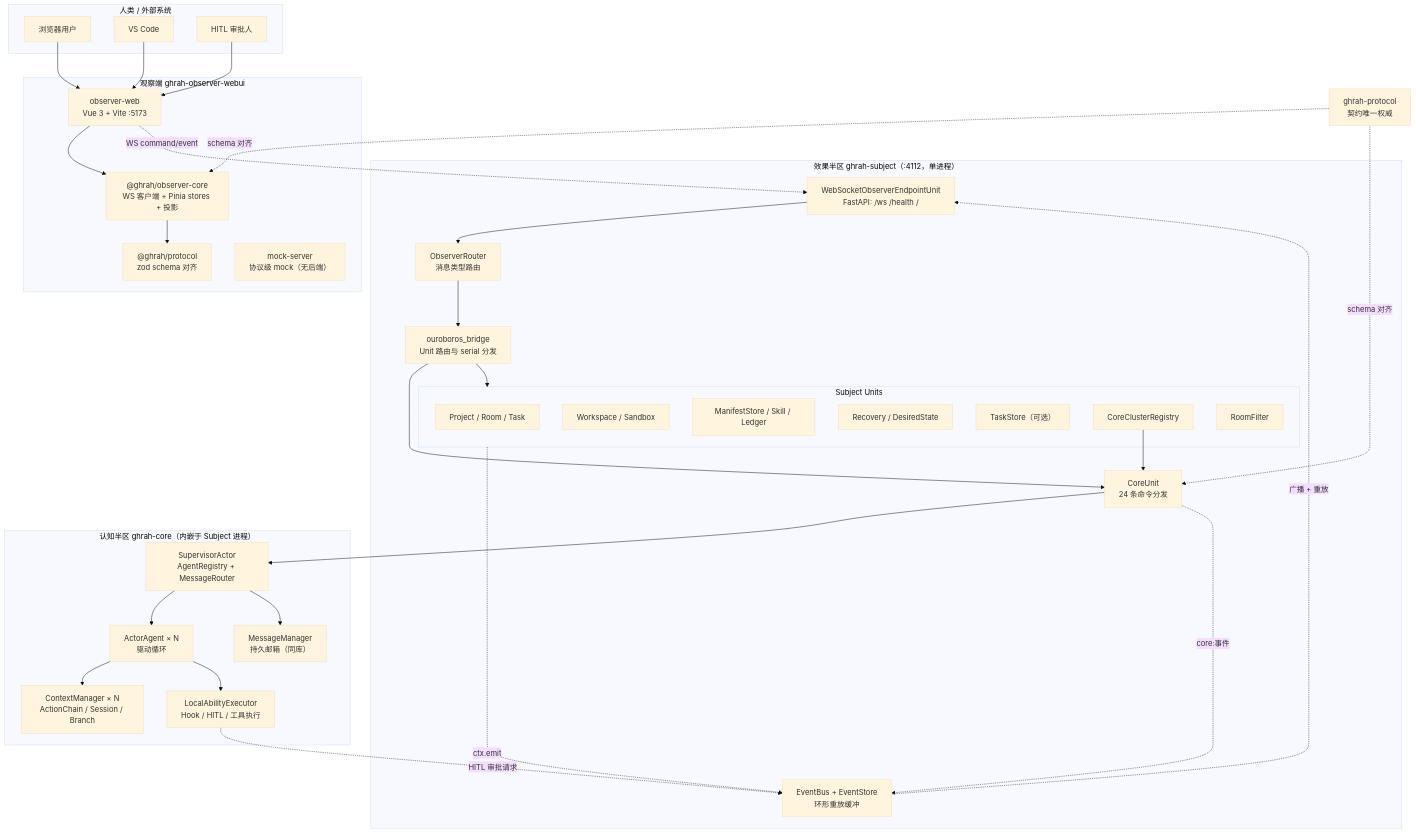
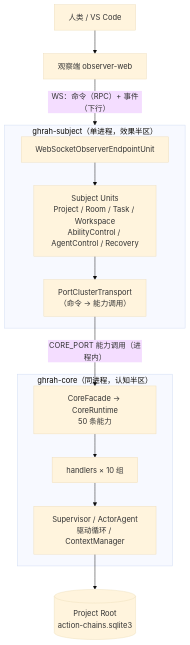
One commit to ghrah-org/ghrah-monorepo changed the first of 9 diagrams in docs/ARCHITECTURE.md. Above: the diagram before and after it, drawn with Mermaid (base theme). The commit also changed other lines of this file and 24 other files, not shown here.

````diff
--- a/docs/ARCHITECTURE.md
+++ b/docs/ARCHITECTURE.md
@@ -90,67 +61,25 @@
 ```mermaid
 graph TB
-    subgraph 人类["人类 / 外部系统"]
-        User["浏览器用户"]
-        VSCode["VS Code"]
-        Human["HITL 审批人"]
+    Human["人类 / VS Code"] --> WEB["观察端 observer-web"]
+    WEB -->|"WS：命令（RPC）+ 事件（下行）"| SUBJ
+
+    subgraph SUBJ["ghrah-subject（单进程，效果半区）"]
+        WSEnd["WebSocketObserverEndpointUnit"]
+        Units["Subject Units<br/>Project / Room / Task / Workspace<br/>AbilityControl / AgentControl / Recovery"]
+        XPort["PortClusterTransport<br/>（命令 → 能力调用）"]
+        WSEnd --> Units
+        Units --> XPort
     end
 
-    subgraph Observer["观察端 ghrah-observer-webui"]
-        Web["observer-web<br/>Vue 3 + Vite :5173"]
-        OCore["@ghrah/observer-core<br/>WS 客户端 + Pinia stores + 投影"]
-        TSProto["@ghrah/protocol<br/>zod schema 对齐"]
-        Mock["mock-server<br/>协议级 mock（无后端）"]
-        Web --> OCore
-        OCore --> TSProto
+    XPort -->|"CORE_PORT 能力调用（进程内）"| FACADE
+
+    subgraph CORE["ghrah-core（同进程，认知半区）"]
+        FACADE["CoreFacade → CoreRuntime<br/>50 条能力"]
+        H["handlers × 10 组"]
+        AG["Supervisor / ActorAgent<br/>驱动循环 / ContextManager"]
+        FACADE --> H
+        H --> AG
     end
 
-    subgraph Subject["效果半区 ghrah-subject（:4112，单进程）"]
-        WSEnd["WebSocketObserverEndpointUnit<br/>FastAPI: /ws /health /"]
-        Router["ObserverRouter<br/>消息类型路由"]
-        Bus["EventBus + EventStore<br/>环形重放缓冲"]
-        Bridge["ouroboros_bridge<br/>Unit 路由与 serial 分发"]
-
-        subgraph Units["Subject Units"]
-            ProjU["Project / Room / Task"]
-            WsU["Workspace / Sandbox"]
-            ManU["ManifestStore / Skill / Ledger"]
-            RecU["Recovery / DesiredState"]
-            TS["TaskStore（可选）"]
-            RegU["CoreClusterRegistry"]
-            FilU["RoomFilter"]
-        end
-
-        RegU --> CoreU
-    end
-
-    subgraph CoreBox["认知半区 ghrah-core（内嵌于 Subject 进程）"]
-        CoreU["CoreUnit<br/>24 条命令分发"]
-        Sup["SupervisorActor<br/>AgentRegistry + MessageRouter"]
-        Agents["ActorAgent × N<br/>驱动循环"]
-        CM["ContextManager × N<br/>ActionChain / Session / Branch"]
-        Exec["LocalAbilityExecutor<br/>Hook / HITL / 工具执行"]
-        MM["MessageManager<br/>持久邮箱（同库）"]
-        CoreU --> Sup
-        Sup --> Agents
-        Agents --> CM
-        Agents --> Exec
-        Sup --> MM
-    end
-
-    Proto["ghrah-protocol<br/>契约唯一权威"]
-
-    User --> Web
-    VSCode --> Web
-    Human --> Web
-    Web -. "WS command/event" .-> WSEnd
-    WSEnd --> Router
-    Router --> Bridge
-    Bridge --> Units
-    Bridge --> CoreU
-    Units -. "ctx.emit" .-> Bus
-    CoreU -. "core:事件" .-> Bus
-    Bus -. "广播 + 重放" .-> WSEnd
-    Proto -. "schema 对齐" .-> OCore
-    Proto -. "schema 对齐" .-> CoreU
-    Exec -. "HITL 审批请求" .-> Bus
+    AG --> DB[("Project Root<br/>action-chains.sqlite3")]
 ```
````
